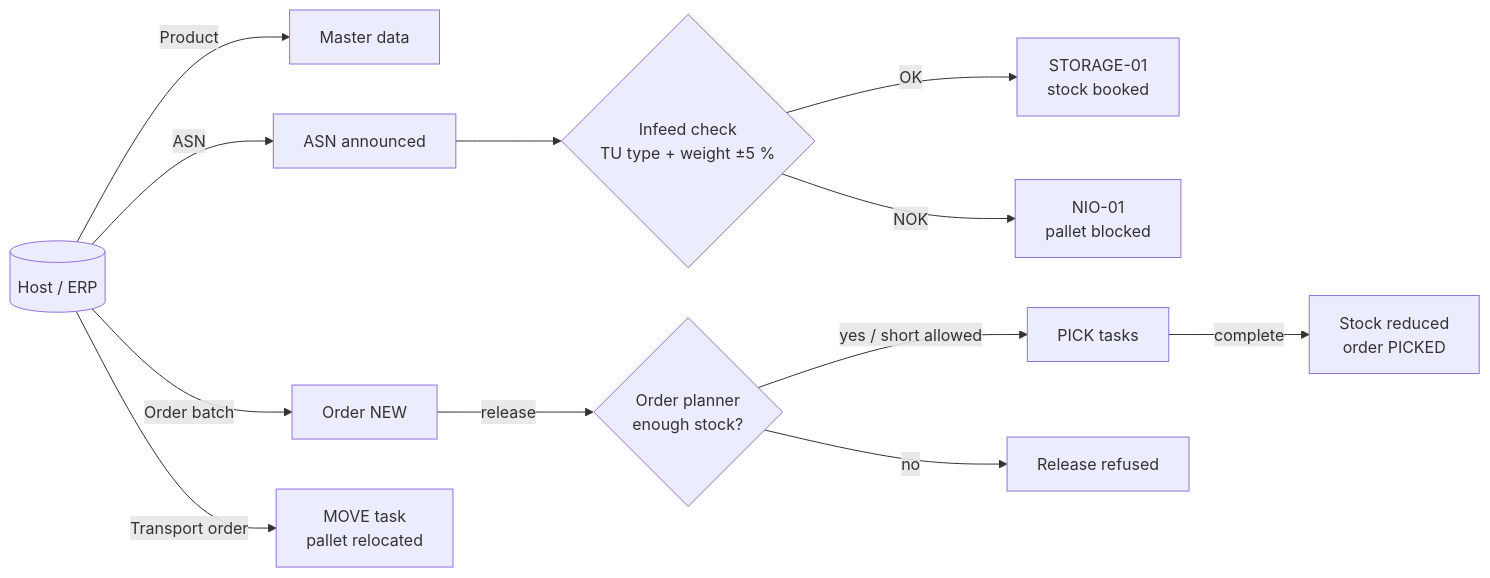
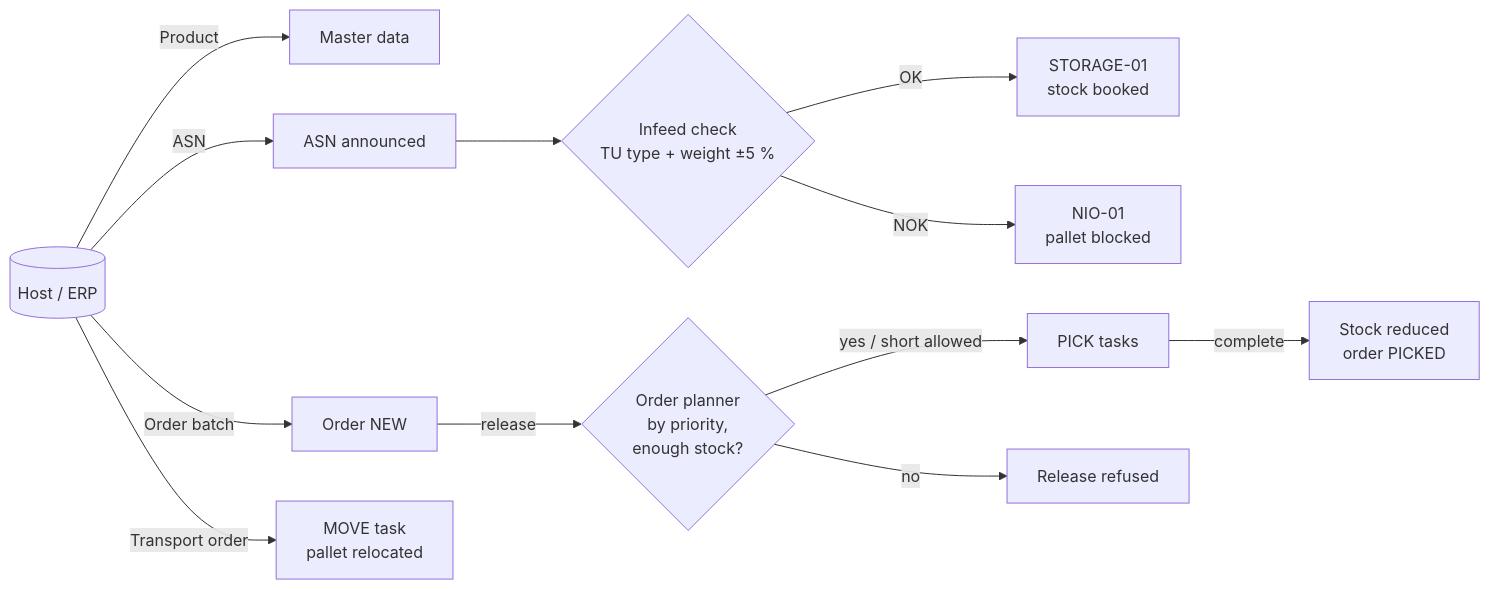
Before and after one commit to Younus98/warehouse-automation-qa: the first of 3 diagrams in README.md, drawn with Mermaid. The commit also changed other lines of this file, not shown here.

First line of the commit message:
README: 57 tests, order priority feature and how it was built with the agents

````diff
--- a/README.md
+++ b/README.md
@@ -38,14 +38,14 @@
 ```mermaid
 flowchart LR
     ERP[(Host / ERP)] -->|Product| MD[Master data]
     ERP -->|ASN| ASN[ASN announced]
     ASN --> INF{Infeed check<br/>TU type + weight ±5 %}
     INF -->|OK| ST[STORAGE-01<br/>stock booked]
     INF -->|NOK| NIO[NIO-01<br/>pallet blocked]
     ERP -->|Order batch| ORD[Order NEW]
-    ORD -->|release| OP{Order planner<br/>enough stock?}
+    ORD -->|release| OP{Order planner<br/>by priority,<br/>enough stock?}
     OP -->|yes / short allowed| PICK[PICK tasks]
     OP -->|no| REJ[Release refused]
     PICK -->|complete| DONE[Stock reduced<br/>order PICKED]
     ERP -->|Transport order| MOVE[MOVE task<br/>pallet relocated]
 ```
````
